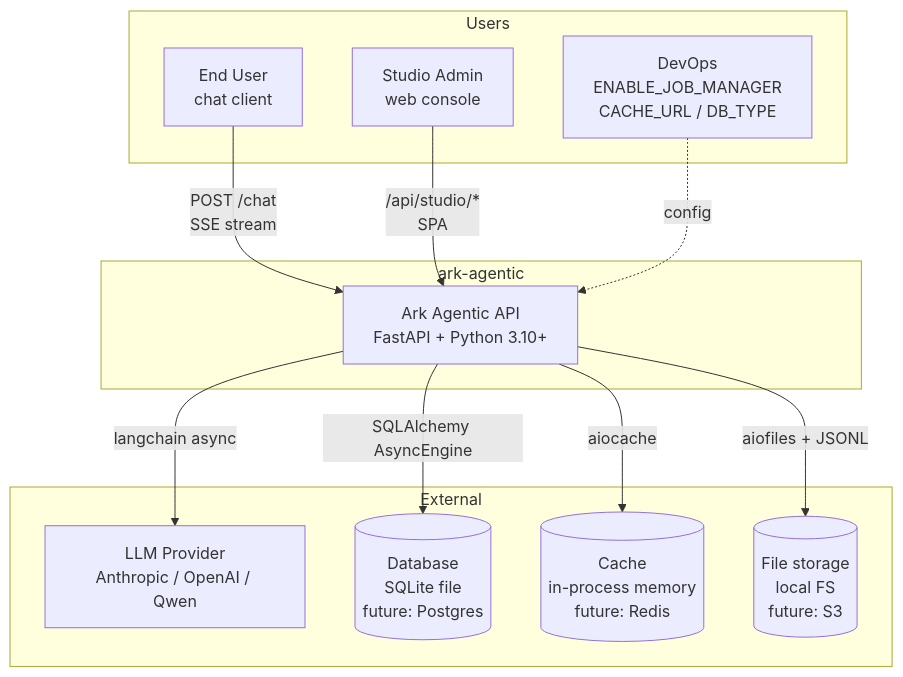
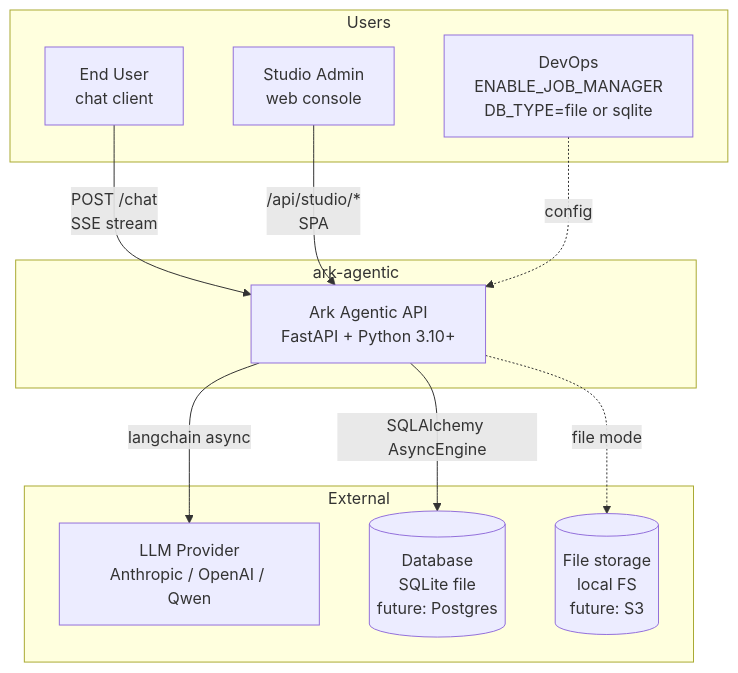
One commit to YU-JI-KUI/ark-agentic changed the first of 13 diagrams in docs/architecture-c4.md. Above: the diagram before and after it, drawn with Mermaid. The commit also changed other lines of this file, not shown here.

First line of the commit message:
docs: refresh C4 diagrams for cache removal + per-feature DeclarativeBase

````diff
--- a/docs/architecture-c4.md
+++ b/docs/architecture-c4.md
@@ -11,28 +18,26 @@
 ```mermaid
 graph TB
     subgraph Users
         ChatUser[End User<br/>chat client]
         StudioAdmin[Studio Admin<br/>web console]
-        DevOps[DevOps<br/>ENABLE_JOB_MANAGER<br/>CACHE_URL / DB_TYPE]
+        DevOps[DevOps<br/>ENABLE_JOB_MANAGER<br/>DB_TYPE=file or sqlite]
     end
 
     subgraph "ark-agentic"
         System[Ark Agentic API<br/>FastAPI + Python 3.10+]
     end
 
     subgraph "External"
         LLM[LLM Provider<br/>Anthropic / OpenAI / Qwen]
         DB[(Database<br/>SQLite file<br/>future: Postgres)]
-        Cache[(Cache<br/>in-process memory<br/>future: Redis)]
         FS[(File storage<br/>local FS<br/>future: S3)]
     end
 
     ChatUser -->|POST /chat<br/>SSE stream| System
     StudioAdmin -->|/api/studio/*<br/>SPA| System
     DevOps -.config.-> System
 
     System -->|langchain async| LLM
     System -->|SQLAlchemy AsyncEngine| DB
-    System -->|aiocache| Cache
-    System -->|aiofiles + JSONL| FS
+    System -.file mode.-> FS
 ```
````
